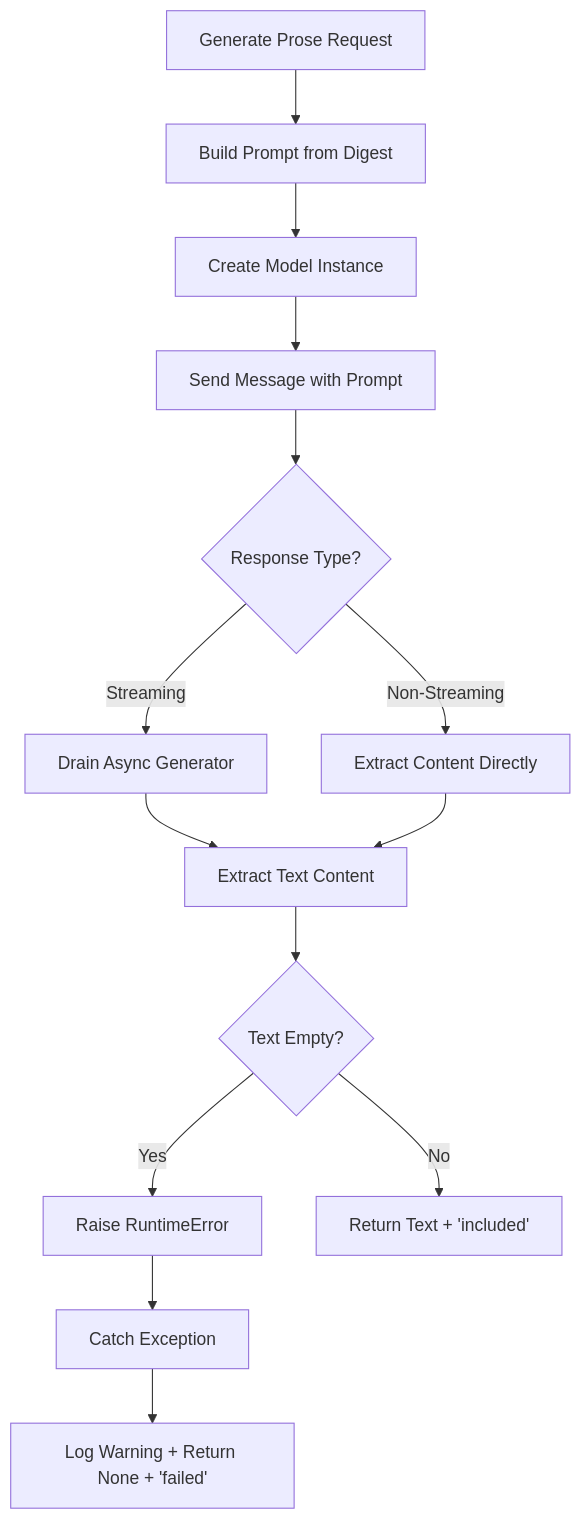
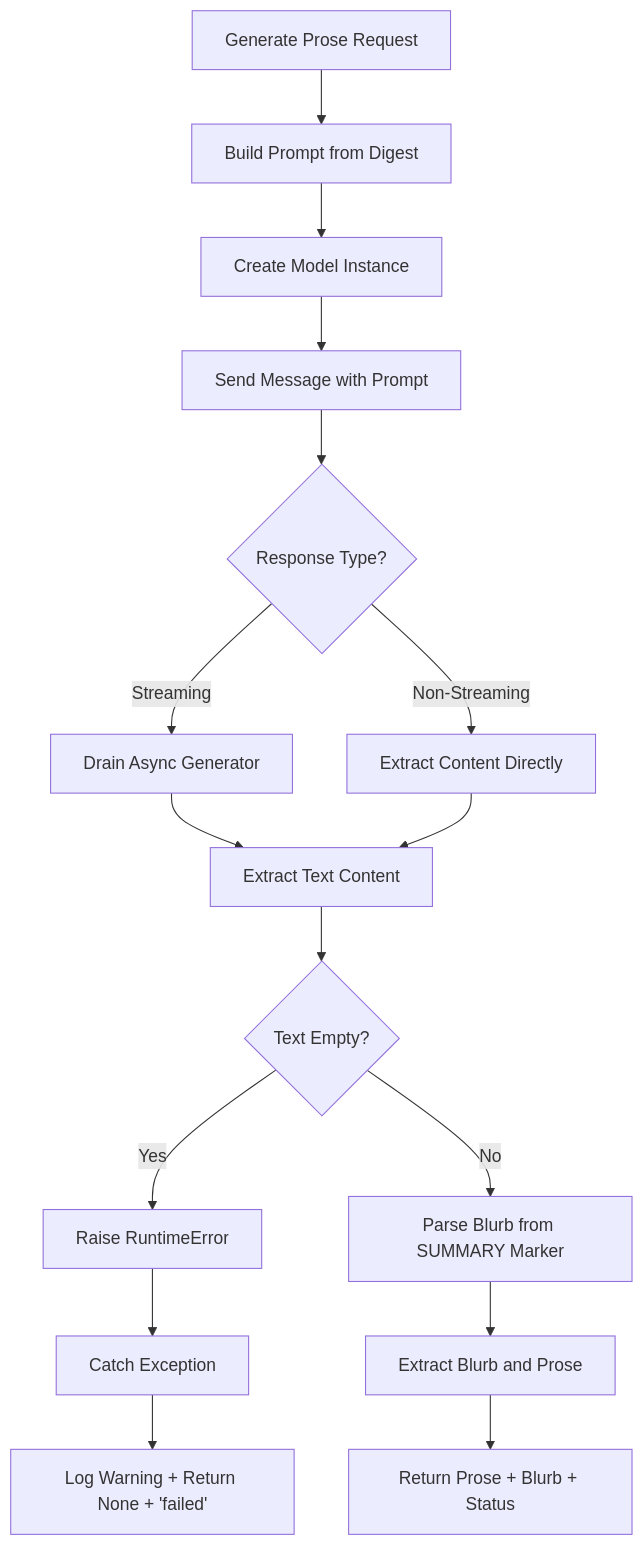
Before and after one commit to metasync/luban-aiops: diagram 22 of 40 in .qoder/repowiki/en/content/Agent Platform Service/Agent Platform Service.md, drawn with Mermaid. The commit also changed other lines of this file and 22 other files, not shown here.

````diff
--- a/.qoder/repowiki/en/content/Agent Platform Service/Agent Platform Service.md
+++ b/.qoder/repowiki/en/content/Agent Platform Service/Agent Platform Service.md
@@ -1516,16 +1531,18 @@
 ```mermaid
 flowchart TD
 A["Generate Prose Request"] --> B["Build Prompt from Digest"]
 B --> C["Create Model Instance"]
 C --> D["Send Message with Prompt"]
 D --> E{"Response Type?"}
 E --> |Streaming| F["Drain Async Generator"]
 E --> |Non-Streaming| G["Extract Content Directly"]
 F --> H["Extract Text Content"]
 G --> H
 H --> I{"Text Empty?"}
 I --> |Yes| J["Raise RuntimeError"]
-I --> |No| K["Return Text + 'included'"]
-J --> L["Catch Exception"]
-L --> M["Log Warning + Return None + 'failed'"]
+I --> |No| K["Parse Blurb from SUMMARY Marker"]
+K --> L["Extract Blurb and Prose"]
+L --> M["Return Prose + Blurb + Status"]
+J --> N["Catch Exception"]
+N --> O["Log Warning + Return None + 'failed'"]
 ```
````
